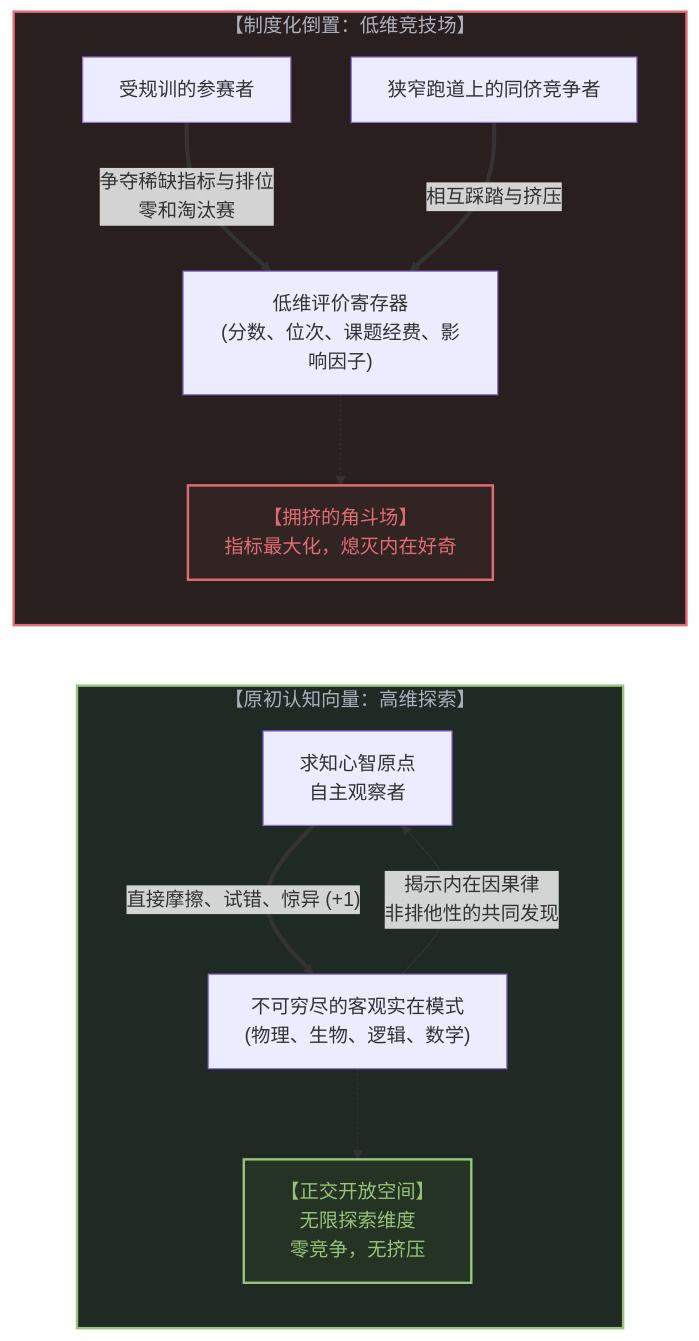
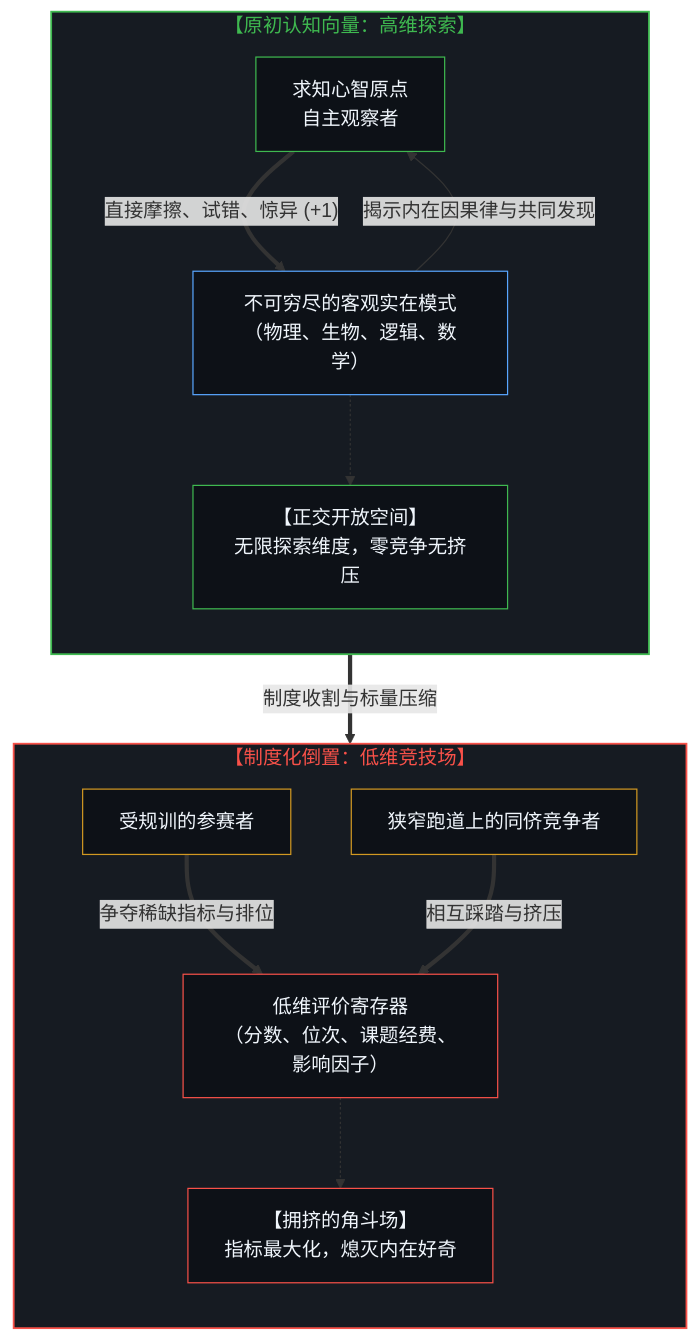
One commit to powerpig99/not-a-toe changed the first of 10 diagrams in content/posts/the-reversal-of-education-and-science.md. Above: the diagram before and after it, drawn with Mermaid. The commit also changed other lines of this file and 11 other files, not shown here.

````diff
--- a/content/posts/the-reversal-of-education-and-science.md
+++ b/content/posts/the-reversal-of-education-and-science.md
@@ -19,26 +21,35 @@
 ```mermaid
-graph LR
-    subgraph OriginalState["【原初认知向量：高维探索】"]
-        Mind["求知心智原点<br>自主观察者"]
-        Reality["不可穷尽的客观实在模式<br>(物理、生物、逻辑、数学)"]
+flowchart TD
+    subgraph S_Original["【原初认知向量：高维探索】"]
+        direction TB
+        Mind["求知心智原点<br/>自主观察者"]
+        Reality["不可穷尽的客观实在模式<br/>（物理、生物、逻辑、数学）"]
+        Space["【正交开放空间】<br/>无限探索维度，零竞争无挤压"]
         Mind ==>|"直接摩擦、试错、惊异 (+1)"| Reality
-        Reality -->|"揭示内在因果律<br>非排他性的共同发现"| Mind
-        Space["【正交开放空间】<br>无限探索维度<br>零竞争，无挤压"]
+        Reality -->|"揭示内在因果律与共同发现"| Mind
         Reality -.-> Space
     end
 
-    subgraph InvertedState["【制度化倒置：低维竞技场】"]
+    S_Original ==>|"制度收割与标量压缩"| S_Inverted
+
+    subgraph S_Inverted["【制度化倒置：低维竞技场】"]
+        direction TB
         Student["受规训的参赛者"]
-        Register["低维评价寄存器<br>(分数、位次、课题经费、影响因子)"]
         OtherPeers["狭窄跑道上的同侪竞争者"]
-        Student ==>|"争夺稀缺指标与排位<br>零和淘汰赛"| Register
+        Register["低维评价寄存器<br/>（分数、位次、课题经费、影响因子）"]
+        WarZone["【拥挤的角斗场】<br/>指标最大化，熄灭内在好奇"]
+        Student ==>|"争夺稀缺指标与排位"| Register
         OtherPeers ==>|"相互踩踏与挤压"| Register
-        WarZone["【拥挤的角斗场】<br>指标最大化，熄灭内在好奇"]
         Register -.-> WarZone
     end
 
-    style OriginalState fill:#1f2a24,stroke:#98c379,stroke-width:2px,color:#abb2bf
-    style InvertedState fill:#2a1f1f,stroke:#e06c75,stroke-width:2px,color:#abb2bf
-    style Space fill:#243324,stroke:#98c379,stroke-width:2px,color:#98c379
-    style WarZone fill:#332424,stroke:#e06c75,stroke-width:2px,color:#e06c75
+    style S_Original fill:#161b22,stroke:#3fb950,stroke-width:1.5px,color:#3fb950
+    style S_Inverted fill:#161b22,stroke:#f85149,stroke-width:1.5px,color:#f85149
+    style Mind fill:#0d1117,stroke:#3fb950,stroke-width:1px,color:#f0f6fc
+    style Reality fill:#0d1117,stroke:#58a6ff,stroke-width:1px,color:#f0f6fc
+    style Space fill:#0d1117,stroke:#3fb950,stroke-width:1px,color:#f0f6fc
+    style Student fill:#0d1117,stroke:#d29922,stroke-width:1px,color:#f0f6fc
+    style OtherPeers fill:#0d1117,stroke:#d29922,stroke-width:1px,color:#f0f6fc
+    style Register fill:#0d1117,stroke:#f85149,stroke-width:1px,color:#f0f6fc
+    style WarZone fill:#0d1117,stroke:#f85149,stroke-width:1px,color:#f0f6fc
 ```
````
